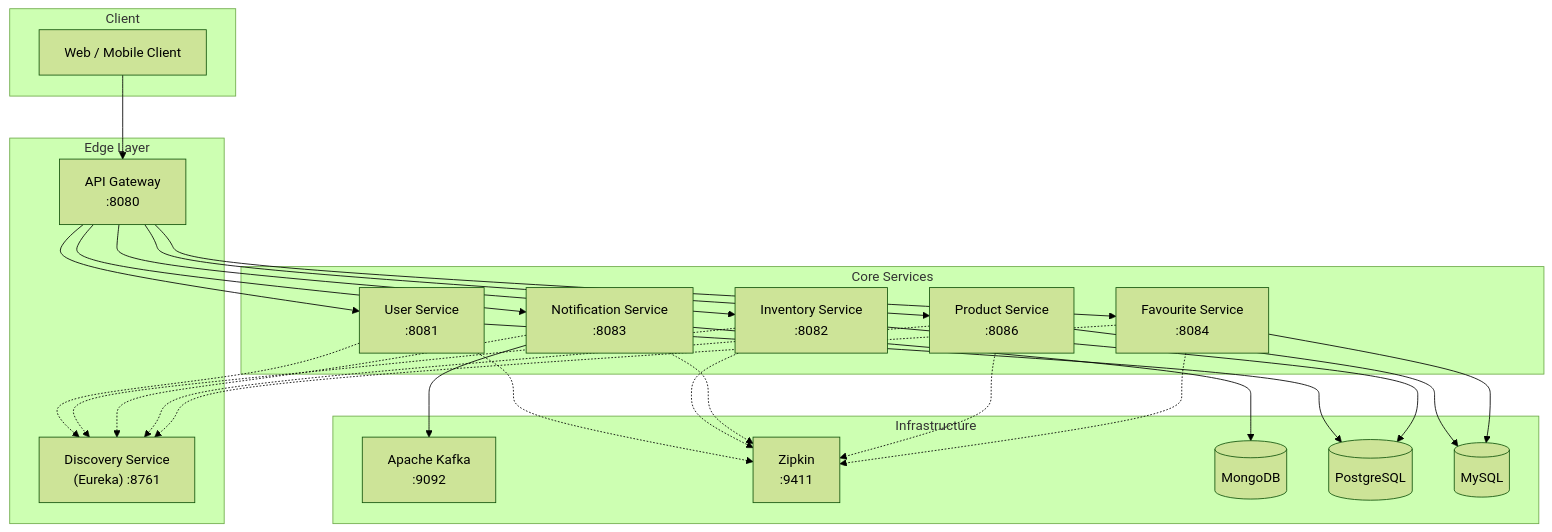
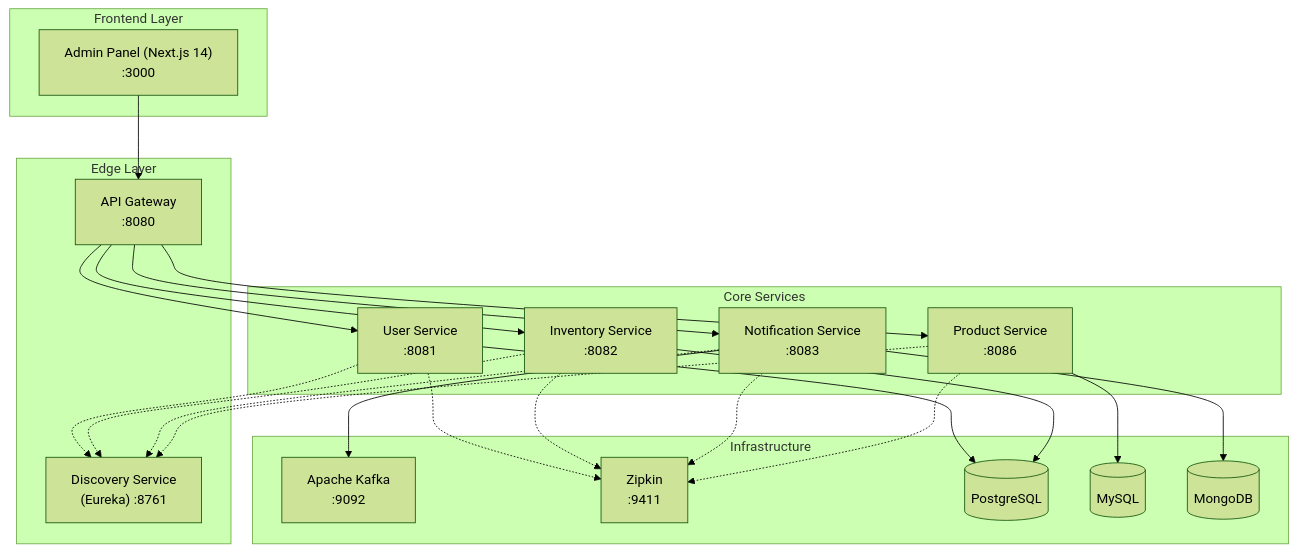
Before and after one commit to Satish-Tiwari/ecommerce-microservices: the diagram in README.md, drawn with Mermaid (forest theme). The commit also changed other lines of this file and 58 other files, not shown here.

````diff
--- a/README.md
+++ b/README.md
@@ -14,36 +15,35 @@
 ```mermaid
 graph TB
-    subgraph "Client"
-        WEB["Web / Mobile Client"]
+    subgraph "Frontend Layer"
+        ADMIN["Admin Panel (Next.js 14)<br/>:3000"]
     end
 
     subgraph "Edge Layer"
         GW["API Gateway<br/>:8080"]
         DS["Discovery Service<br/>(Eureka) :8761"]
     end
 
     subgraph "Core Services"
         US["User Service<br/>:8081"]
         IS["Inventory Service<br/>:8082"]
         NS["Notification Service<br/>:8083"]
         PS["Product Service<br/>:8086"]
-        FS["Favourite Service<br/>:8084"]
     end
 
     subgraph "Infrastructure"
         KF["Apache Kafka<br/>:9092"]
         ZP["Zipkin<br/>:9411"]
-        MG[("MongoDB")]
         PG[("PostgreSQL")]
         MY[("MySQL")]
+        MG[("MongoDB")]
     end
 
-    WEB --> GW
-    GW --> US & IS & NS & PS & FS
-    US & IS & NS & PS & FS -.-> DS
+    ADMIN --> GW
+    GW --> US & IS & NS & PS
+    US & IS & NS & PS -.-> DS
     NS --> KF
     NS --> MG
     US & IS --> PG
-    PS & FS --> MY
-    US & IS & NS & PS & FS -.-> ZP
+    PS --> MY
+    US & IS & NS & PS -.-> ZP
 ```
````
